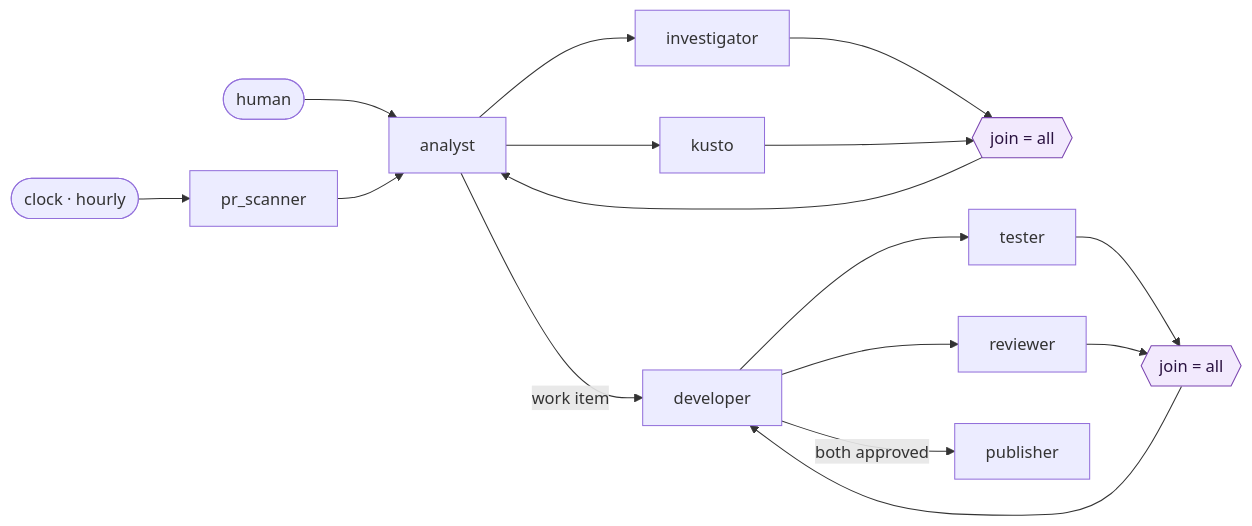
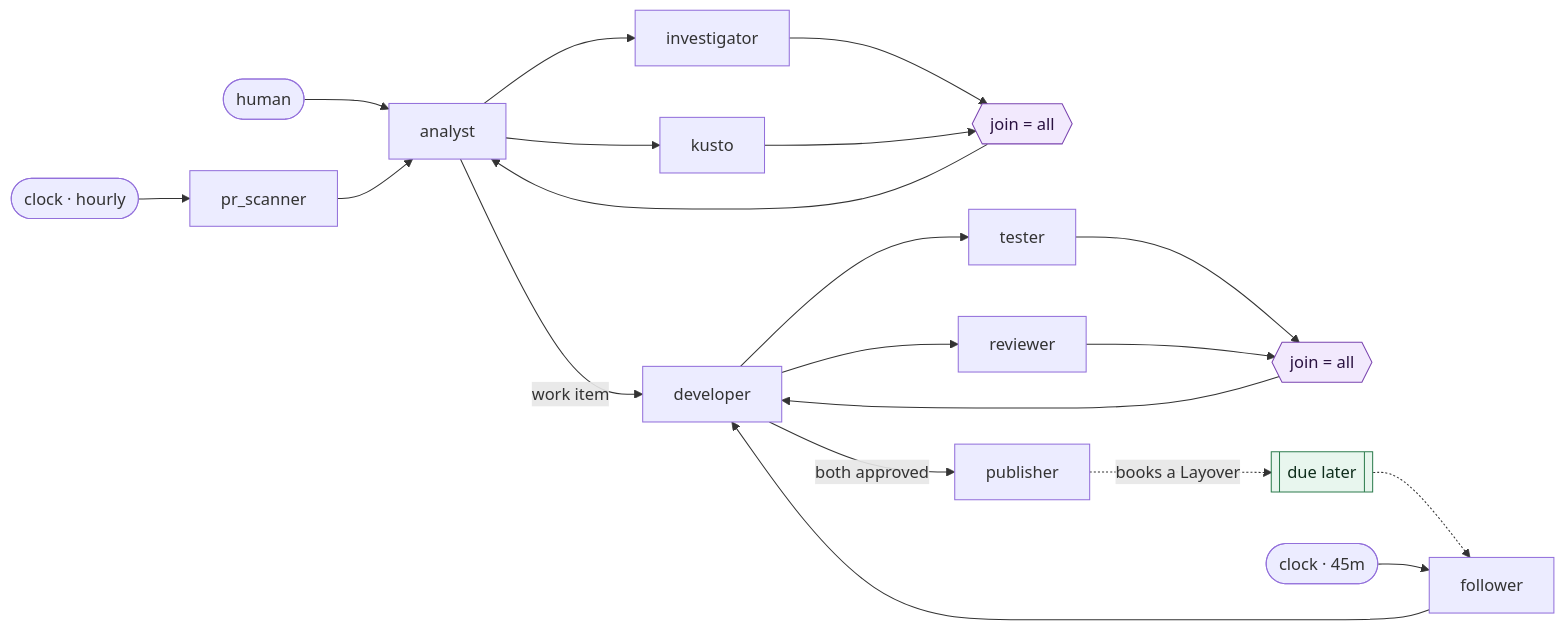
The second of 2 diagrams in README.md (KotkaZ/layover-project), drawn with Mermaid before and after one commit. The commit also changed other lines of this file and 40 other files, not shown here.

````diff
--- a/README.md
+++ b/README.md
@@ -90,12 +104,16 @@
 ```mermaid
 flowchart LR
     human([human]) --> analyst
     clock([clock · hourly]) --> scanner[pr_scanner] --> analyst
     analyst --> investigator & kusto --> joinA{{join = all}} --> analyst
     analyst -->|work item| developer
     developer --> tester & reviewer --> joinB{{join = all}} --> developer
     developer -->|both approved| publisher
+    publisher -.->|books a Layover| later[["due later"]] -.-> follower
+    clock2([clock · 45m]) --> follower --> developer
 
     classDef jn fill:#f2e9fd,stroke:#7a44b0,color:#2a1240
+    classDef lay fill:#e8f6ee,stroke:#2f7d4f,color:#0f2e1c
     class joinA,joinB jn
+    class later lay
 ```
````
